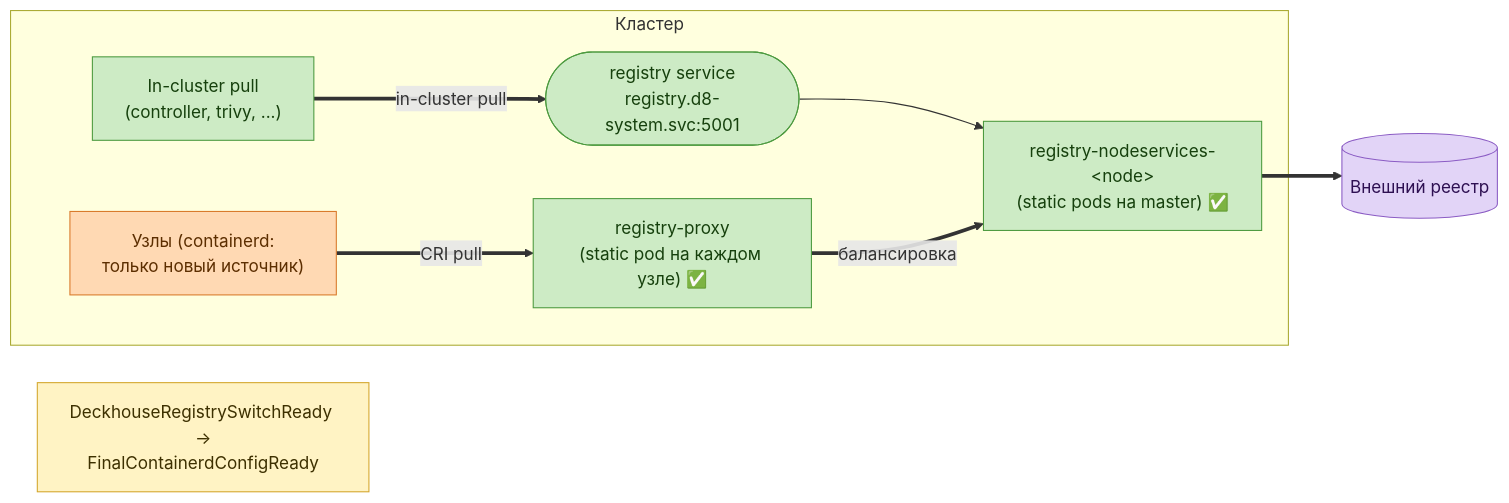
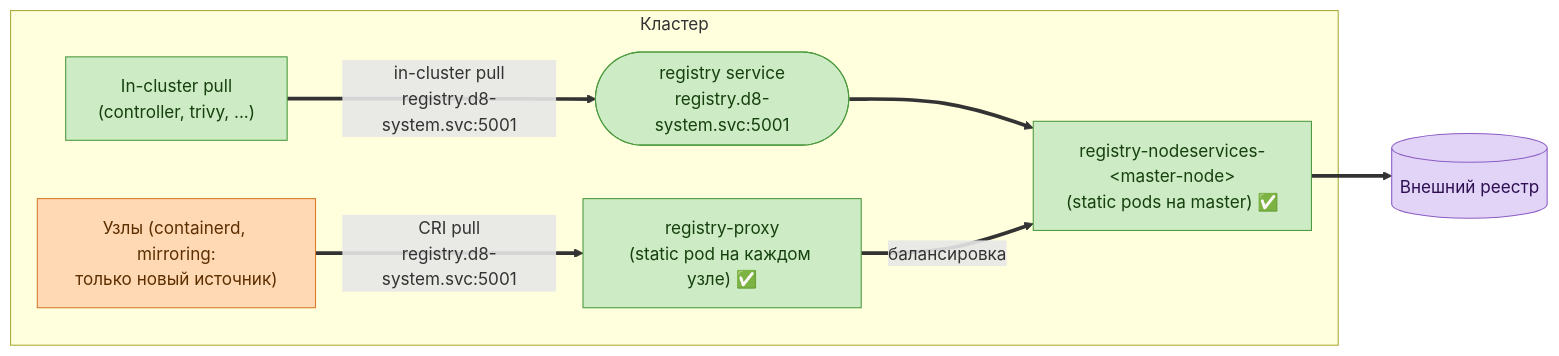
One commit to deckhouse/deckhouse changed the fourth of 4 diagrams in modules/038-registry/docs/internal/REGISTRY_SWITCHING.md. Above: the diagram before and after it, drawn with Mermaid. The commit also changed other lines of this file, not shown here.

````diff
--- a/modules/038-registry/docs/internal/REGISTRY_SWITCHING.md
+++ b/modules/038-registry/docs/internal/REGISTRY_SWITCHING.md
@@ -469,27 +391,23 @@
 ```mermaid
 flowchart LR
-  COND["DeckhouseRegistrySwitchReady →<br/>FinalContainerdConfigReady"]
-
   subgraph CLUSTER["Кластер"]
     INPULL["In-cluster pull<br/>(controller, trivy, ...)"]
+    NODES["Узлы (containerd, mirroring:<br/>только новый источник)"]
     SVC(["registry service<br/>registry.d8-system.svc:5001"])
     PROXY["registry-proxy<br/>(static pod на каждом узле) ✅"]
-    SP["registry-nodeservices-&lt;node&gt;<br/>(static pods на master) ✅"]
-    NODES["Узлы (containerd:<br/>только новый источник)"]
+    SP["registry-nodeservices-&lt;master-node&gt;<br/>(static pods на master) ✅"]
   end
 
   EXT[("Внешний реестр")]
 
-  INPULL ==>|"in-cluster pull"| SVC --> SP
-  NODES ==>|"CRI pull"| PROXY ==>|"балансировка"| SP
+  INPULL ==>|"in-cluster pull<br/>registry.d8-system.svc:5001"| SVC ==> SP
+  NODES ==>|"CRI pull<br/>registry.d8-system.svc:5001"| PROXY ==>|"балансировка"| SP
   SP ==> EXT
 
-  classDef cond fill:#fff3c4,stroke:#d4a72c,color:#3d3000;
   classDef work fill:#cdebc5,stroke:#4c9a3f,color:#16400d;
   classDef cri fill:#ffd9b3,stroke:#d97a2b,color:#5c2e00;
   classDef ext fill:#e2d4f7,stroke:#8b5cc4,color:#2e1052;
-  class COND cond;
   class PROXY,SVC,INPULL,SP work;
   class NODES cri;
   class EXT ext;
 ```
````
